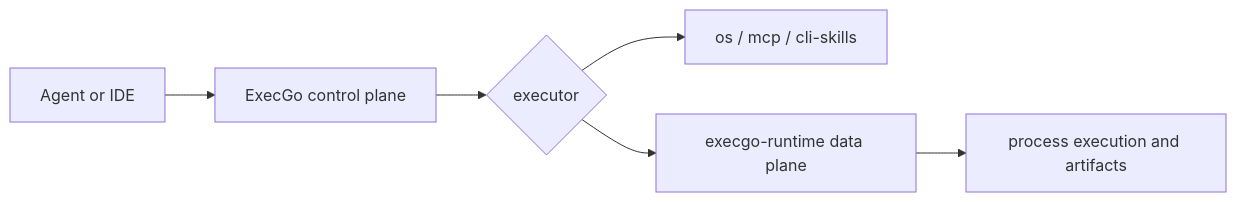
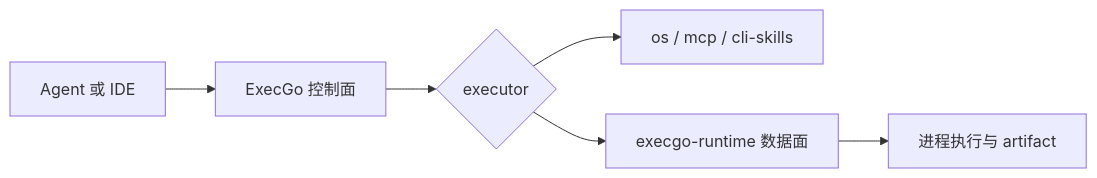
Before and after one commit to iammm0/execgo-publish-website: the diagram in content/docs/index.mdx, drawn with Mermaid. The commit also changed other lines of this file and 43 other files, not shown here.

````diff
--- a/content/docs/index.mdx
+++ b/content/docs/index.mdx
@@ -31,8 +31,8 @@
 ```mermaid
 flowchart LR
-  A[Agent or IDE] --> B[ExecGo control plane]
-  B --> C{executor}
-  C --> D[os / mcp / cli-skills]
-  C --> E[execgo-runtime data plane]
-  E --> F[process execution and artifacts]
+  A["Agent 或 IDE"] --> B["ExecGo 控制面"]
+  B --> C{"executor"}
+  C --> D["os / mcp / cli-skills"]
+  C --> E["execgo-runtime 数据面"]
+  E --> F["进程执行与 artifact"]
 ```
````
